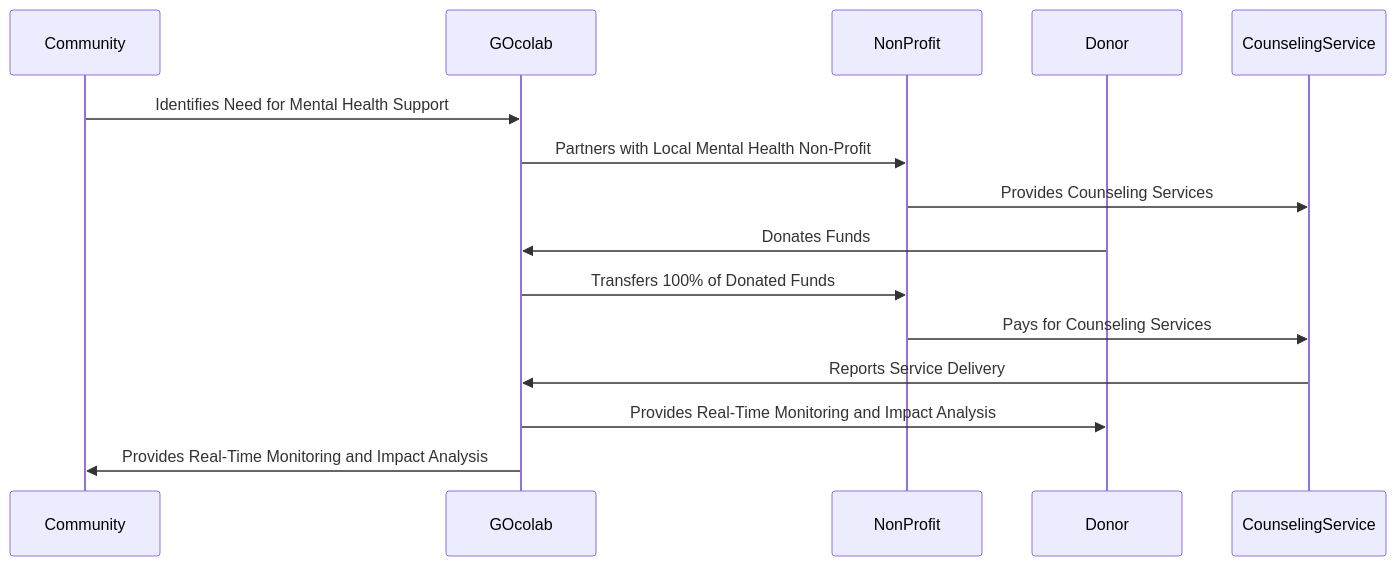
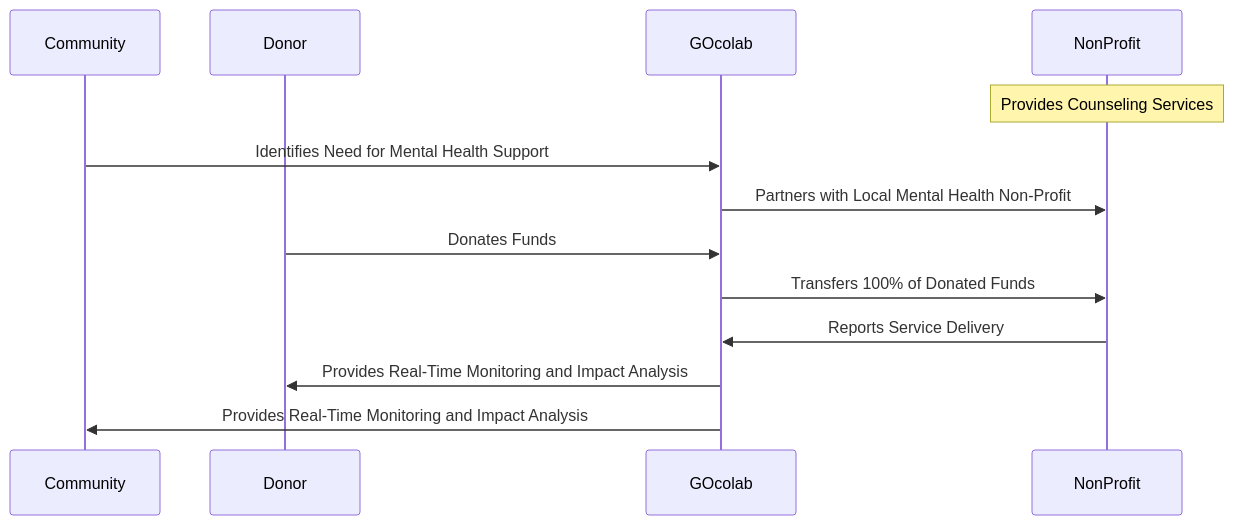
The diagram in usecase.md (amotivv/gocolab), drawn with Mermaid before and after one commit.

````diff
--- a/usecase.md
+++ b/usecase.md
@@ -1,20 +1,19 @@
 ```mermaid
 sequenceDiagram
     participant Community
+    participant Donor
     participant GOcolab
     participant NonProfit
-    participant Donor
-    participant CounselingService
+    
+    note over NonProfit: Provides Counseling Services
     
     Community->>GOcolab: Identifies Need for Mental Health Support
     GOcolab->>NonProfit: Partners with Local Mental Health Non-Profit
-    NonProfit->>CounselingService: Provides Counseling Services
     
     Donor->>GOcolab: Donates Funds
     GOcolab->>NonProfit: Transfers 100% of Donated Funds
     
-    NonProfit->>CounselingService: Pays for Counseling Services
-    CounselingService->>GOcolab: Reports Service Delivery
+    NonProfit->>GOcolab: Reports Service Delivery
     GOcolab->>Donor: Provides Real-Time Monitoring and Impact Analysis
     GOcolab->>Community: Provides Real-Time Monitoring and Impact Analysis
 ```
````
